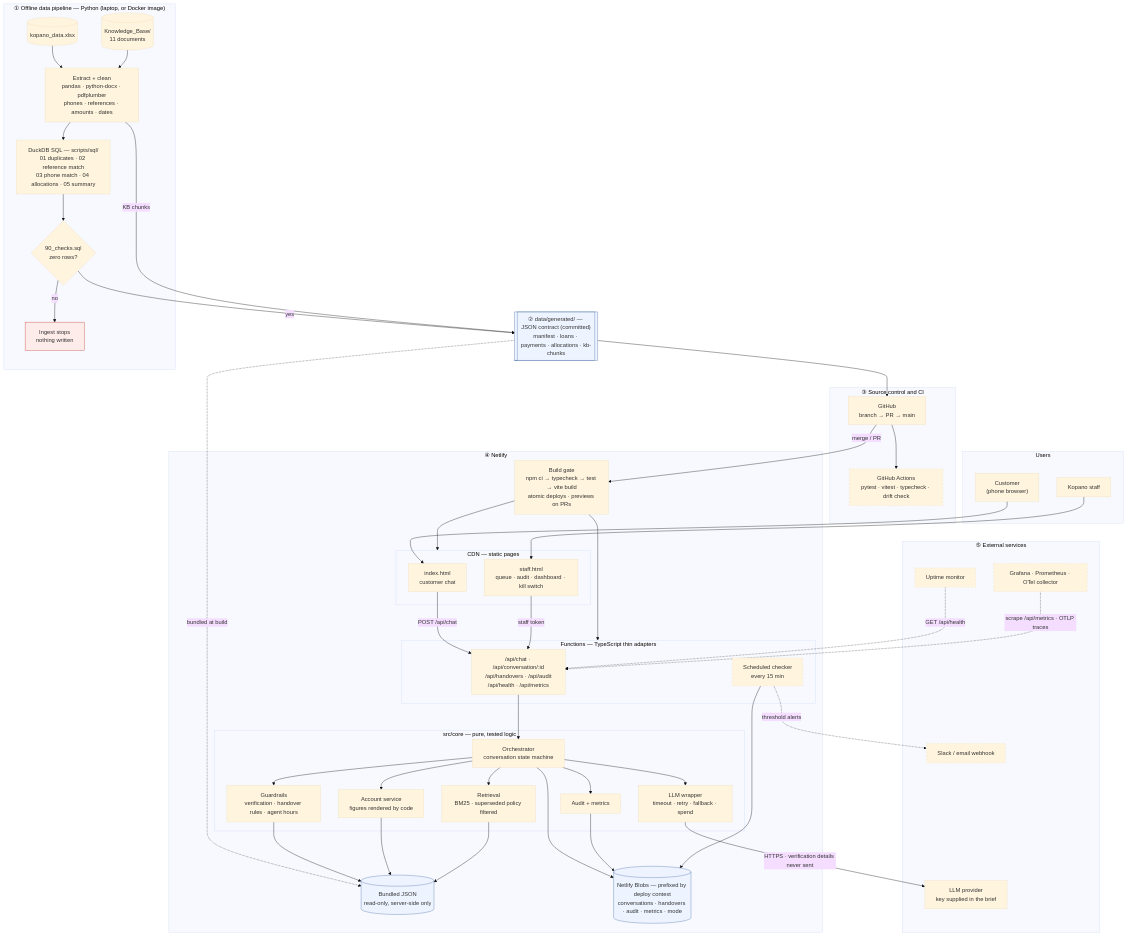
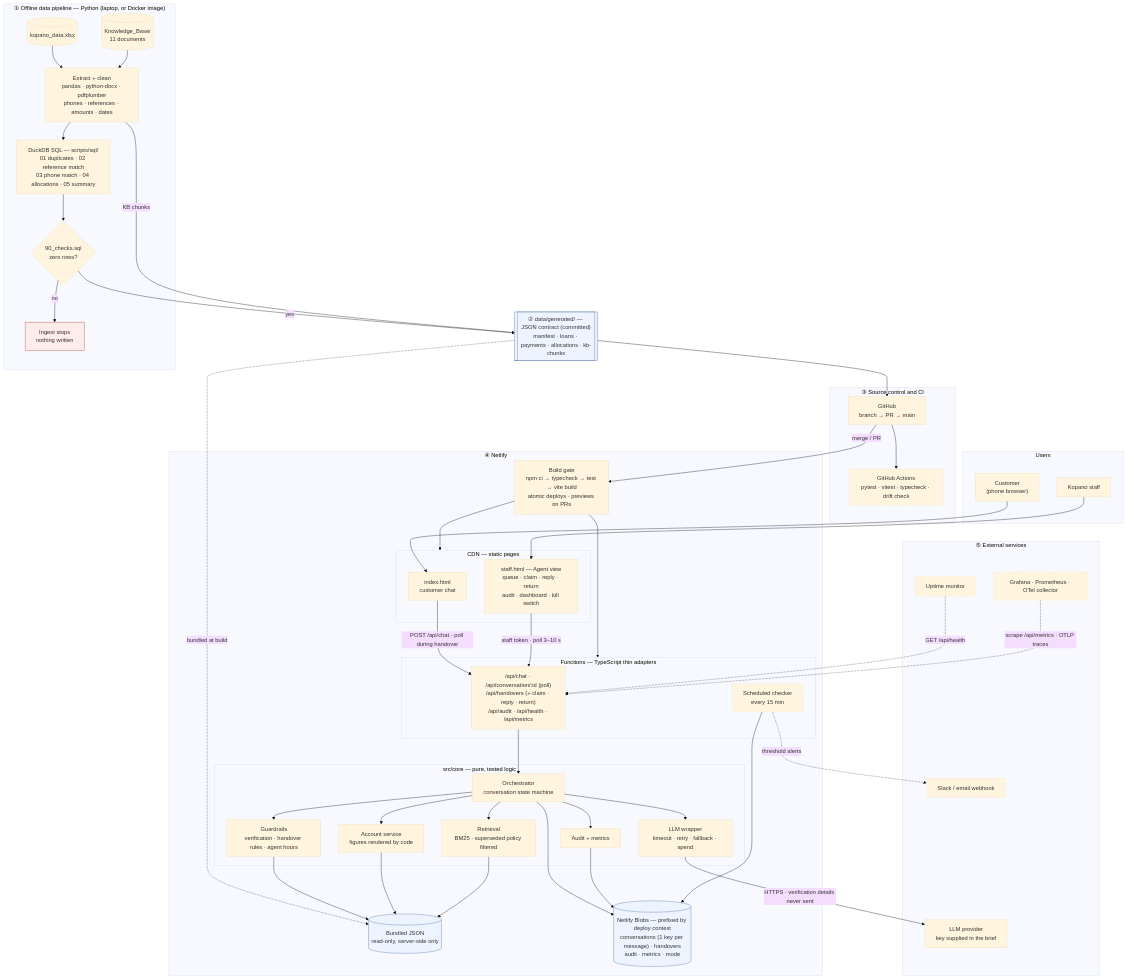
Before and after one commit to gtcodes22/X_Technical_Interview: the diagram in docs/diagrams/system.mmd, drawn with Mermaid (base theme). The commit also changed 10 other files, not shown here.

First line of the commit message:
docs: agent view round trip and session rules from client answers

```diff
--- a/docs/diagrams/system.mmd
+++ b/docs/diagrams/system.mmd
@@ -1,90 +1,90 @@
 flowchart TB
   subgraph USERS["Users"]
     CUST["Customer<br/>(phone browser)"]
     STAFF["Kopano staff"]
   end
 
   subgraph OFFLINE["① Offline data pipeline — Python (laptop, or Docker image)"]
     XLSX[("kopano_data.xlsx")]
     KBDOCS[("Knowledge_Base/<br/>11 documents")]
     CLEAN["Extract + clean<br/>pandas · python-docx · pdfplumber<br/>phones · references · amounts · dates"]
     DUCK["DuckDB SQL — scripts/sql/<br/>01 duplicates · 02 reference match<br/>03 phone match · 04 allocations · 05 summary"]
     CHECKS{"90_checks.sql<br/>zero rows?"}
     FAIL["Ingest stops<br/>nothing written"]
     XLSX --> CLEAN
     KBDOCS --> CLEAN
     CLEAN --> DUCK --> CHECKS
     CHECKS -- "no" --> FAIL
   end
 
   CONTRACT[["② data/generated/ — JSON contract (committed)<br/>manifest · loans · payments · allocations · kb-chunks"]]
   CHECKS -- "yes" --> CONTRACT
   CLEAN -- "KB chunks" --> CONTRACT
 
   subgraph DELIVERY["③ Source control and CI"]
     GH["GitHub<br/>branch → PR → main"]
     GHA["GitHub Actions<br/>pytest · vitest · typecheck · drift check"]
   end
   CONTRACT --> GH
   GH --> GHA
 
   subgraph NETLIFY["④ Netlify"]
     BUILD["Build gate<br/>npm ci → typecheck → test → vite build<br/>atomic deploys · previews on PRs"]
     subgraph CDN["CDN — static pages"]
       CHAT["index.html<br/>customer chat"]
-      STAFFUI["staff.html<br/>queue · audit · dashboard · kill switch"]
+      STAFFUI["staff.html — Agent view<br/>queue · claim · reply · return<br/>audit · dashboard · kill switch"]
     end
     subgraph FN["Functions — TypeScript thin adapters"]
-      API["/api/chat · /api/conversation/:id<br/>/api/handovers · /api/audit<br/>/api/health · /api/metrics"]
+      API["/api/chat · /api/conversation/:id (poll)<br/>/api/handovers (+ claim · reply · return)<br/>/api/audit · /api/health · /api/metrics"]
       SCHED["Scheduled checker<br/>every 15 min"]
     end
     subgraph CORE["src/core — pure, tested logic"]
       ORCH["Orchestrator<br/>conversation state machine"]
       GUARD["Guardrails<br/>verification · handover rules · agent hours"]
       ACC["Account service<br/>figures rendered by code"]
       RET["Retrieval<br/>BM25 · superseded policy filtered"]
       LLM["LLM wrapper<br/>timeout · retry · fallback · spend"]
       AUD["Audit + metrics"]
     end
     DATA[("Bundled JSON<br/>read-only, server-side only")]
-    BLOBS[("Netlify Blobs — prefixed by deploy context<br/>conversations · handovers · audit · metrics · mode")]
+    BLOBS[("Netlify Blobs — prefixed by deploy context<br/>conversations (1 key per message) · handovers<br/>audit · metrics · mode")]
   end
   GH -- "merge / PR" --> BUILD
   BUILD --> CDN
   BUILD --> FN
   CONTRACT -. "bundled at build" .-> DATA
 
   CUST --> CHAT
   STAFF --> STAFFUI
-  CHAT -- "POST /api/chat" --> API
-  STAFFUI -- "staff token" --> API
+  CHAT -- "POST /api/chat · poll during handover" --> API
+  STAFFUI -- "staff token · poll 3–10 s" --> API
   API --> ORCH
   ORCH --> GUARD
   ORCH --> ACC
   ORCH --> RET
   ORCH --> LLM
   ORCH --> AUD
   GUARD --> DATA
   ACC --> DATA
   RET --> DATA
   ORCH --> BLOBS
   AUD --> BLOBS
   SCHED --> BLOBS
 
   subgraph EXT["⑤ External services"]
     PROVIDER["LLM provider<br/>key supplied in the brief"]
     UPTIME["Uptime monitor"]
     ALERT["Slack / email webhook"]
     OBS["Grafana · Prometheus · OTel collector"]
   end
   LLM -- "HTTPS · verification details never sent" --> PROVIDER
   UPTIME -. "GET /api/health" .-> API
   SCHED -. "threshold alerts" .-> ALERT
   OBS -. "scrape /api/metrics · OTLP traces" .-> API
 
   classDef stretch stroke-dasharray: 5 5
   class SCHED,UPTIME,ALERT,OBS,GHA stretch
   classDef store fill:#eef4ff,stroke:#4a6fa5
   class DATA,BLOBS,CONTRACT store
   classDef bad fill:#fdecea,stroke:#c0392b
   class FAIL bad
```
